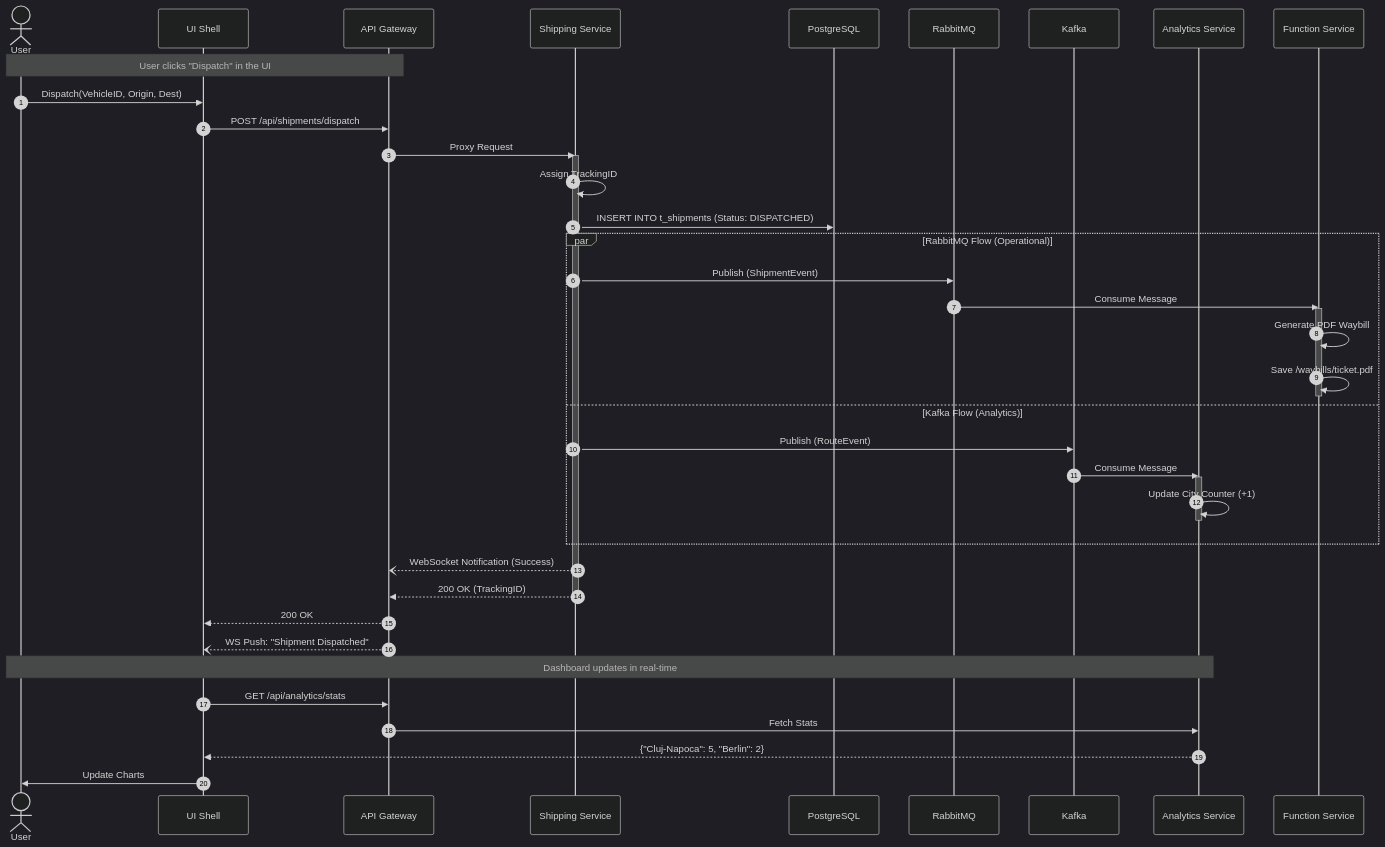
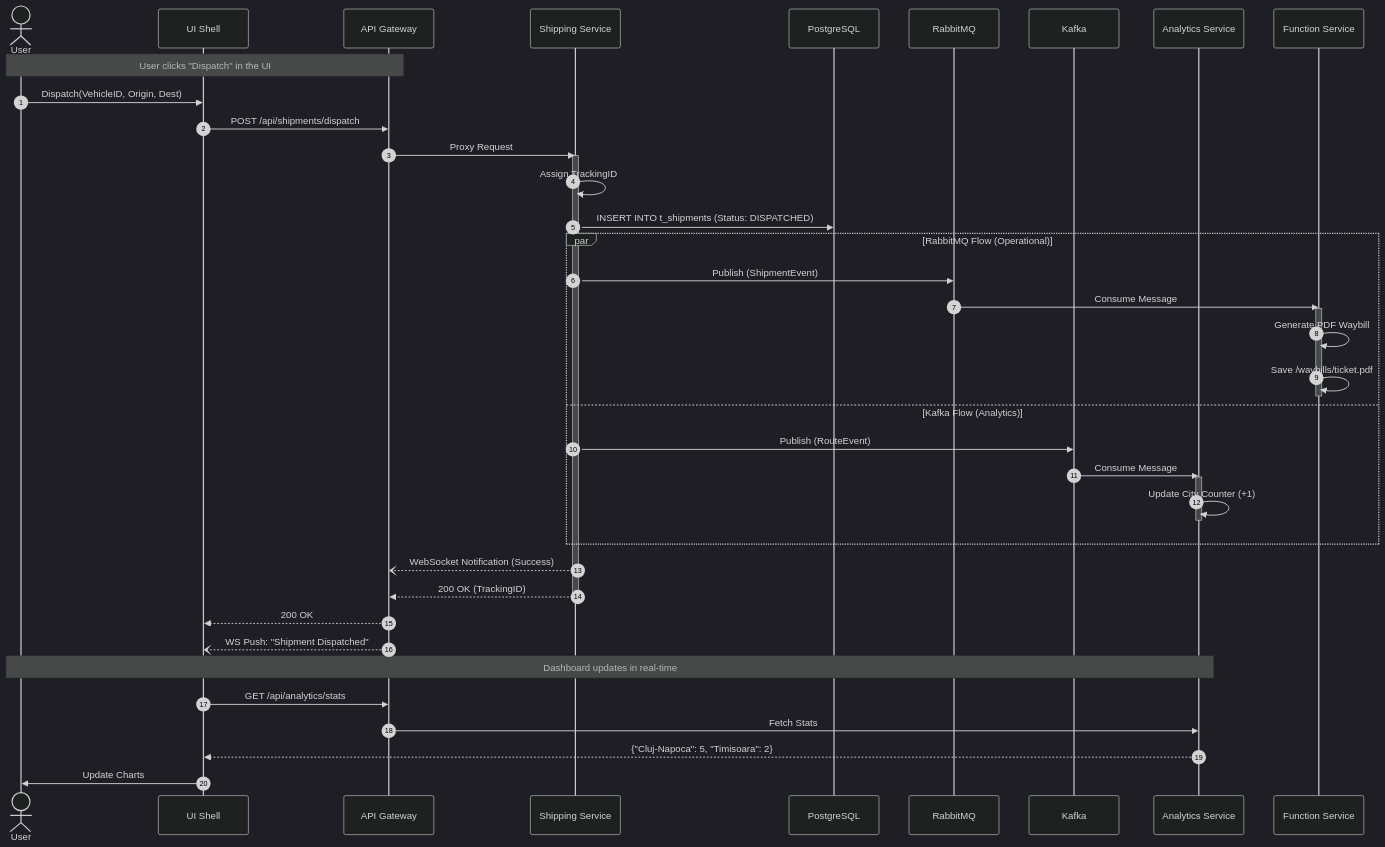
Before and after one commit to alessiabidian/LogisticsSoaProject: the third of 3 diagrams in README.md, drawn with Mermaid (dark theme). The commit also changed other lines of this file and 14 other files, not shown here.

````diff
--- a/README.md
+++ b/README.md
@@ -89,52 +89,52 @@
 ```mermaid
 sequenceDiagram
     autonumber
     actor User
     participant Shell as UI Shell
     participant Gateway as API Gateway
     participant ShipService as Shipping Service
     participant DB as PostgreSQL
     participant Rabbit as RabbitMQ
     participant Kafka as Kafka
     participant Analytics as Analytics Service
     participant FaaS as Function Service
 
     Note over User, Gateway: User clicks "Dispatch" in the UI
 
     User->>Shell: Dispatch(VehicleID, Origin, Dest)
     Shell->>Gateway: POST /api/shipments/dispatch
     Gateway->>ShipService: Proxy Request
 
     activate ShipService
     ShipService->>ShipService: Assign TrackingID
     ShipService->>DB: INSERT INTO t_shipments (Status: DISPATCHED)
     
     par RabbitMQ Flow (Operational)
         ShipService->>Rabbit: Publish (ShipmentEvent)
         Rabbit->>FaaS: Consume Message
         activate FaaS
         FaaS->>FaaS: Generate PDF Waybill
         FaaS->>FaaS: Save /waybills/ticket.pdf
         deactivate FaaS
     and Kafka Flow (Analytics)
         ShipService->>Kafka: Publish (RouteEvent)
         Kafka->>Analytics: Consume Message
         activate Analytics
         Analytics->>Analytics: Update City Counter (+1)
         deactivate Analytics
     end
 
     ShipService--)Gateway: WebSocket Notification (Success)
     ShipService-->>Gateway: 200 OK (TrackingID)
     deactivate ShipService
     
     Gateway-->>Shell: 200 OK
     Gateway--)Shell: WS Push: "Shipment Dispatched"
     
     Note over User, Analytics: Dashboard updates in real-time
     
     Shell->>Gateway: GET /api/analytics/stats
     Gateway->>Analytics: Fetch Stats
-    Analytics-->>Shell: {"Cluj-Napoca": 5, "Berlin": 2}
+    Analytics-->>Shell: {"Cluj-Napoca": 5, "Timisoara": 2}
     Shell->>User: Update Charts
 ```
````
